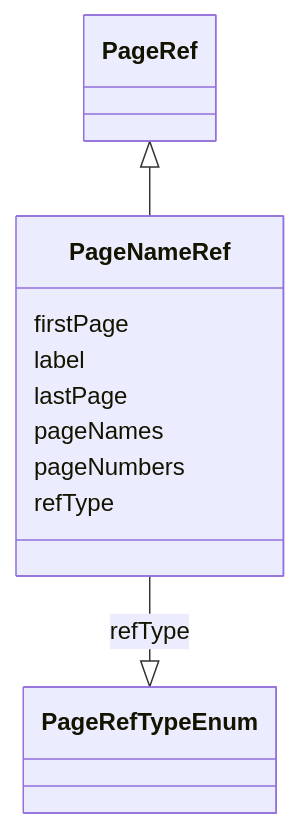
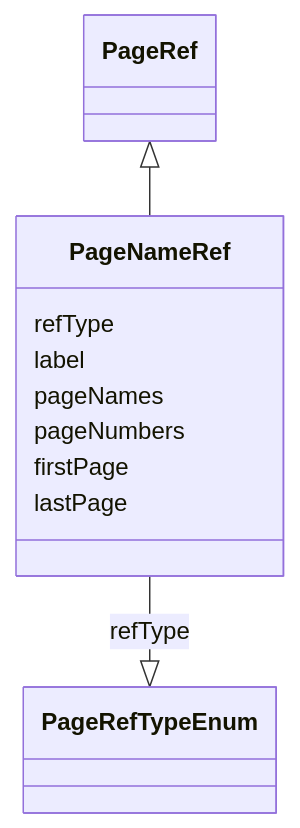
The diagram in project/docs/PageNameRef.md (cdisc-org/analysis-results-standard), drawn with Mermaid before and after one commit. The commit also changed other lines of this file and 192 other files, not shown here.

````diff
--- a/project/docs/PageNameRef.md
+++ b/project/docs/PageNameRef.md
@@ -15,21 +13,14 @@
 ```mermaid
  classDiagram
     class PageNameRef
       PageRef <|-- PageNameRef
-      
-      PageNameRef : firstPage
+
+      PageNameRef : refType
+        PageNameRef --|> PageRefTypeEnum : refType
+        PageNameRef : label
+        PageNameRef : pageNames
+        PageNameRef : pageNumbers
+        PageNameRef : firstPage
+        PageNameRef : lastPage
         
-      PageNameRef : label
-        
-      PageNameRef : lastPage
-        
-      PageNameRef : pageNames
-        
-      PageNameRef : pageNumbers
-        
-      PageNameRef : refType
-        
-          PageNameRef --|> PageRefTypeEnum : refType
-        
-      
 ```
````
